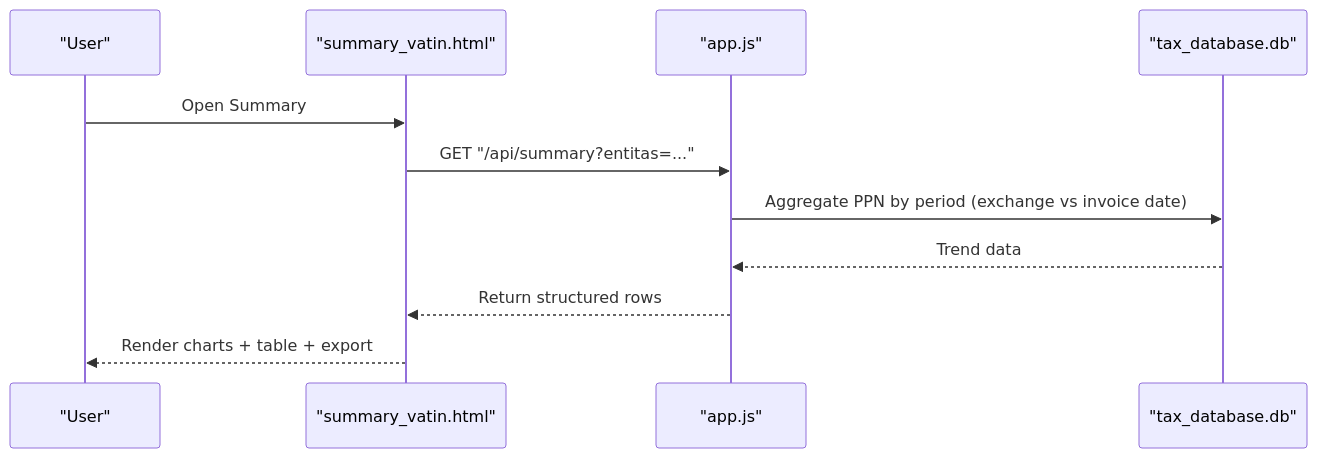
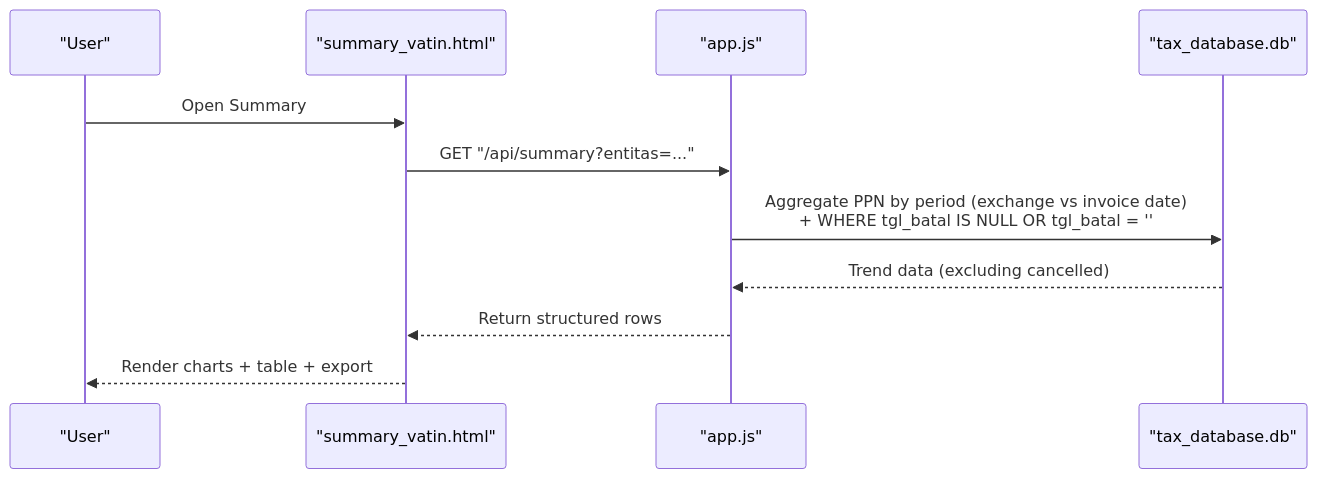
Before and after one commit to rendisiagian/TDS_by_RENDISIAGIAN: the fifth of 6 diagrams in .qoder/repowiki/en/content/VAT Management System/VAT Input (VAT IN).md, drawn with Mermaid. The commit also changed other lines of this file and 38 other files, not shown here.

````diff
--- a/.qoder/repowiki/en/content/VAT Management System/VAT Input (VAT IN).md
+++ b/.qoder/repowiki/en/content/VAT Management System/VAT Input (VAT IN).md
@@ -201,13 +240,13 @@
 ```mermaid
 sequenceDiagram
 participant U as "User"
 participant UI as "summary_vatin.html"
 participant API as "app.js"
 participant DB as "tax_database.db"
 U->>UI : Open Summary
 UI->>API : GET "/api/summary?entitas=..."
-API->>DB : Aggregate PPN by period (exchange vs invoice date)
-DB-->>API : Trend data
+API->>DB : Aggregate PPN by period (exchange vs invoice date)<br/>+ WHERE tgl_batal IS NULL OR tgl_batal = ''
+DB-->>API : Trend data (excluding cancelled)
 API-->>UI : Return structured rows
 UI-->>U : Render charts + table + export
 ```
````
